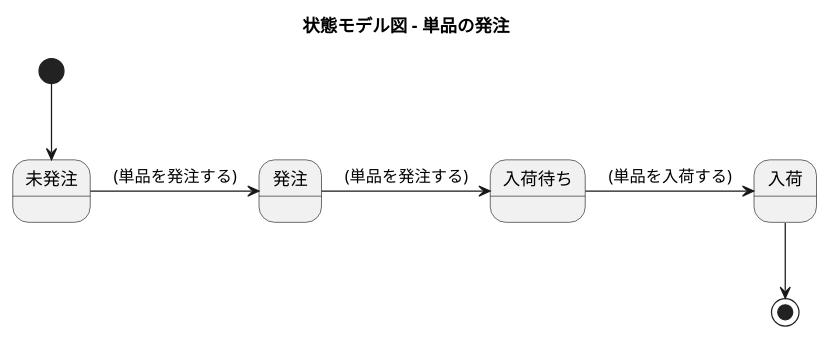
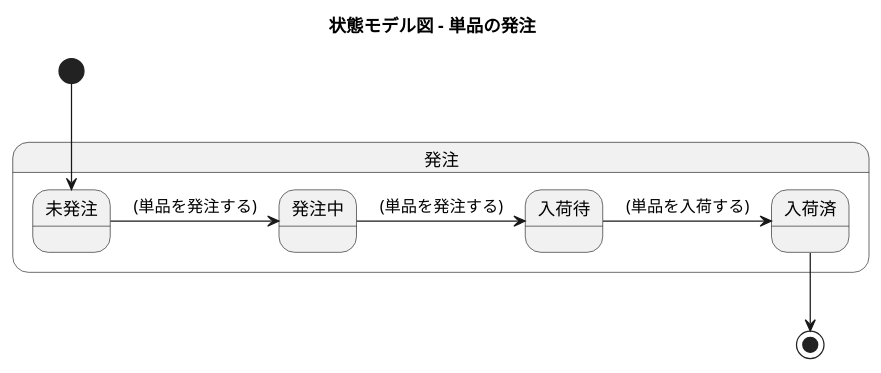
Diagram 40 of 47 in docs/index.adoc (k2works/application_programing_excercise_2022), drawn with PlantUML before and after one commit. The commit also changed other lines of this file, not shown here.

```diff
--- a/docs/index.adoc
+++ b/docs/index.adoc
@@ -1248,18 +1267,20 @@
 [plantuml]
 ----
 @startuml
 
 title 状態モデル図 - 単品の発注
 
+state 発注 {
 state 未発注
-state 発注
-state 入荷待ち
-state 入荷
+state 発注中
+state 入荷待
+state 入荷済
+}
 
 [*] --> 未発注
-未発注 -> 発注: (単品を発注する)
-発注 -> 入荷待ち: (単品を発注する)
-入荷待ち -> 入荷: (単品を入荷する)
-入荷 --> [*]
+未発注 -> 発注中: (単品を発注する)
+発注中 -> 入荷待: (単品を発注する)
+入荷待 -> 入荷済: (単品を入荷する)
+入荷済 --> [*]
 @enduml
 ----
```
